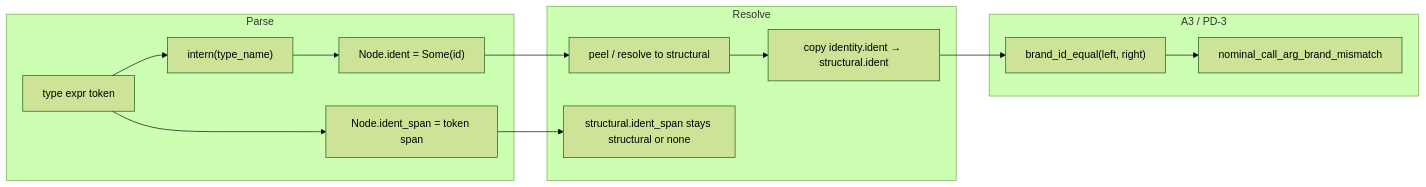
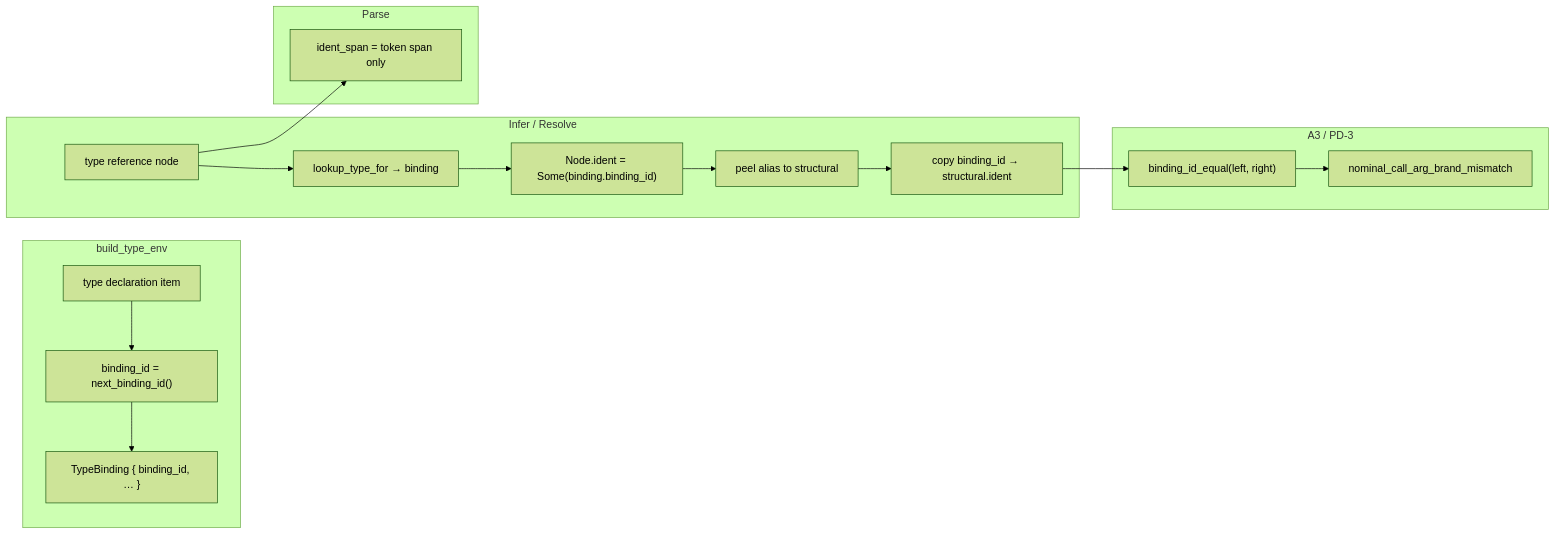
Before and after one commit to gunb-ai/gunbc: the diagram in docs/planning/brand-identity-side-channel-a3-pd3-design-2026-06-09.md, drawn with Mermaid (forest theme). The commit also changed other lines of this file, not shown here.

Commit message:
WIP: Design brand-identity side-channel for A3/PD-3 relation refinement: pres

````diff
--- a/docs/planning/brand-identity-side-channel-a3-pd3-design-2026-06-09.md
+++ b/docs/planning/brand-identity-side-channel-a3-pd3-design-2026-06-09.md
@@ -123,19 +156,23 @@
 ```mermaid
 flowchart LR
-  subgraph parse [Parse]
-    TE[type expr token] --> INT["intern(type_name)"]
-    INT --> STAMP["Node.ident = Some(id)"]
-    TE --> SPAN["Node.ident_span = token span"]
+  subgraph env_bind [build_type_env]
+    DECL[type declaration item] --> ASSIGN["binding_id = next_binding_id()"]
+    ASSIGN --> TB["TypeBinding { binding_id, … }"]
   end
 
-  subgraph resolve [Resolve]
-    STAMP --> PEEL[peel / resolve to structural]
-    PEEL --> PRESERVE["copy identity.ident → structural.ident"]
-    SPAN --> HONEST["structural.ident_span stays structural or none"]
+  subgraph infer_resolve [Infer / Resolve]
+    REF[type reference node] --> LOOKUP[lookup_type_for → binding]
+    LOOKUP --> STAMP["Node.ident = Some(binding.binding_id)"]
+    STAMP --> PEEL[peel alias to structural]
+    PEEL --> PRESERVE["copy binding_id → structural.ident"]
+  end
+
+  subgraph parse [Parse]
+    REF --> SPAN["ident_span = token span only"]
   end
 
   subgraph compare [A3 / PD-3]
-    PRESERVE --> CMP["brand_id_equal(left, right)"]
+    PRESERVE --> CMP["binding_id_equal(left, right)"]
     CMP --> REJECT["nominal_call_arg_brand_mismatch"]
   end
 ```
````
